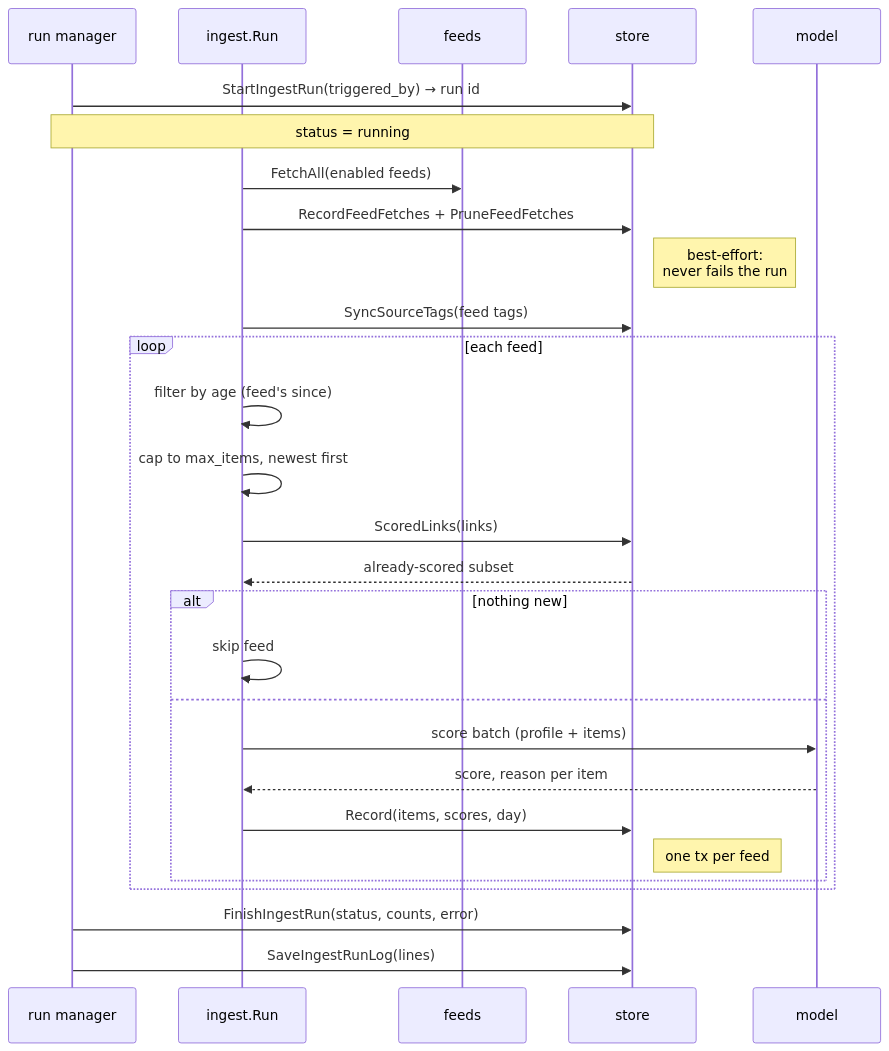
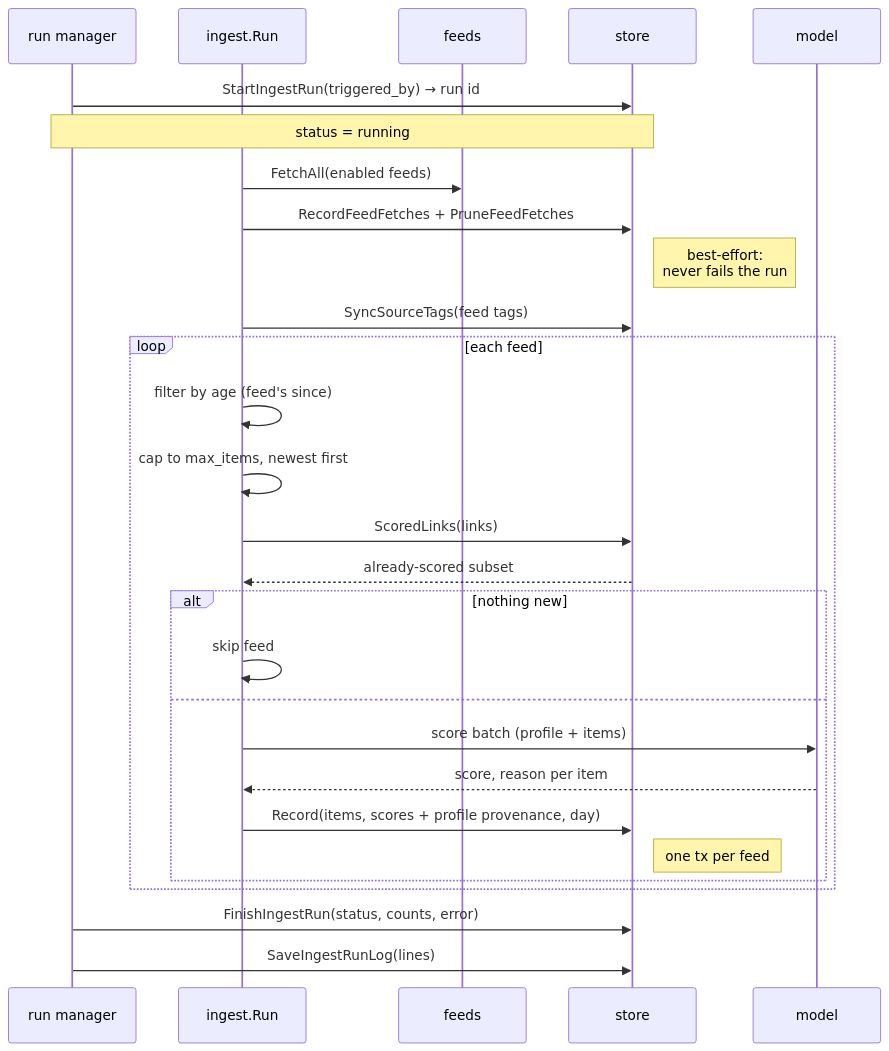
The third of 4 diagrams in docs/store.md (DanielBlei/rabbithole), drawn with Mermaid before and after one commit. The commit also changed other lines of this file and 39 other files, not shown here.

````diff
--- a/docs/store.md
+++ b/docs/store.md
@@ -301,34 +355,34 @@
 ```mermaid
 sequenceDiagram
     participant M as run manager
     participant I as ingest.Run
     participant F as feeds
     participant DB as store
     participant L as model
 
     M->>DB: StartIngestRun(triggered_by) → run id
     Note over M,DB: status = running
 
     I->>F: FetchAll(enabled feeds)
     I->>DB: RecordFeedFetches + PruneFeedFetches
     Note right of DB: best-effort:<br/>never fails the run
     I->>DB: SyncSourceTags(feed tags)
 
     loop each feed
         I->>I: filter by age (feed's since)
         I->>I: cap to max_items, newest first
         I->>DB: ScoredLinks(links)
         DB-->>I: already-scored subset
         alt nothing new
             I->>I: skip feed
         else
             I->>L: score batch (profile + items)
             L-->>I: score, reason per item
-            I->>DB: Record(items, scores, day)
+            I->>DB: Record(items, scores + profile provenance, day)
             Note right of DB: one tx per feed
         end
     end
 
     M->>DB: FinishIngestRun(status, counts, error)
     M->>DB: SaveIngestRunLog(lines)
 ```
````
